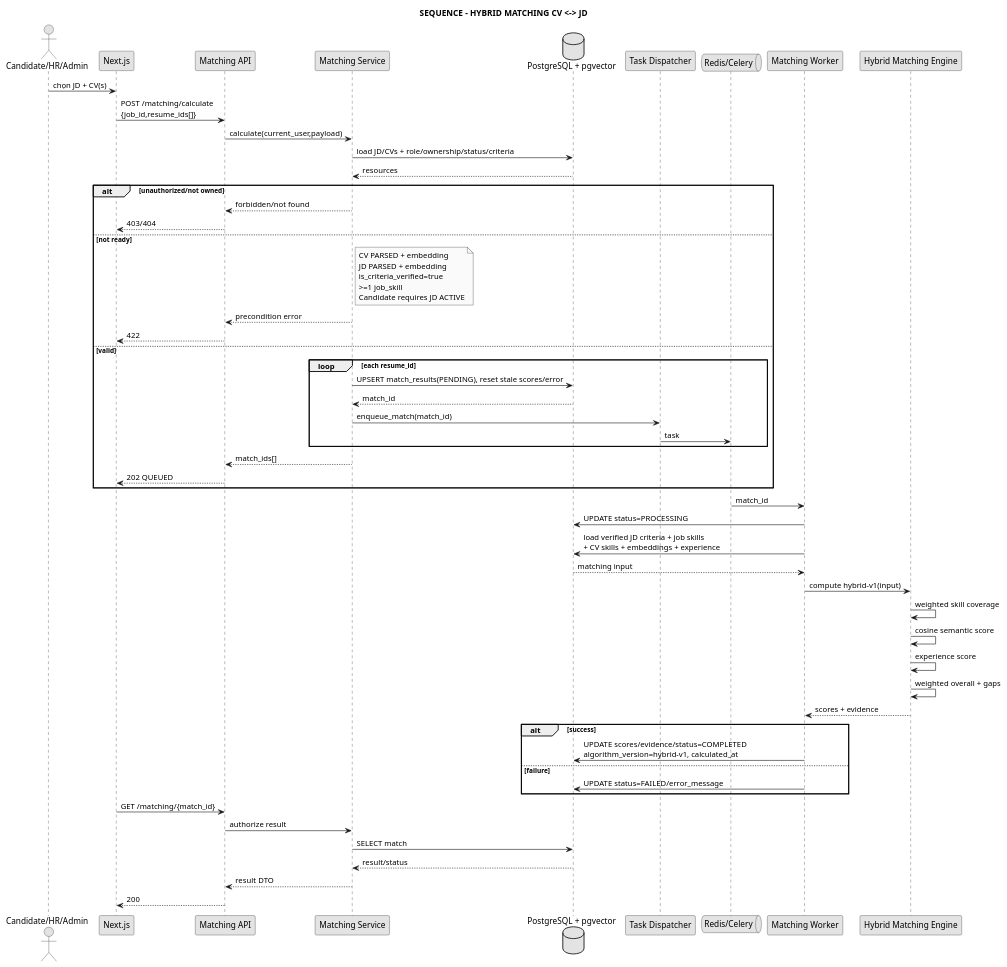
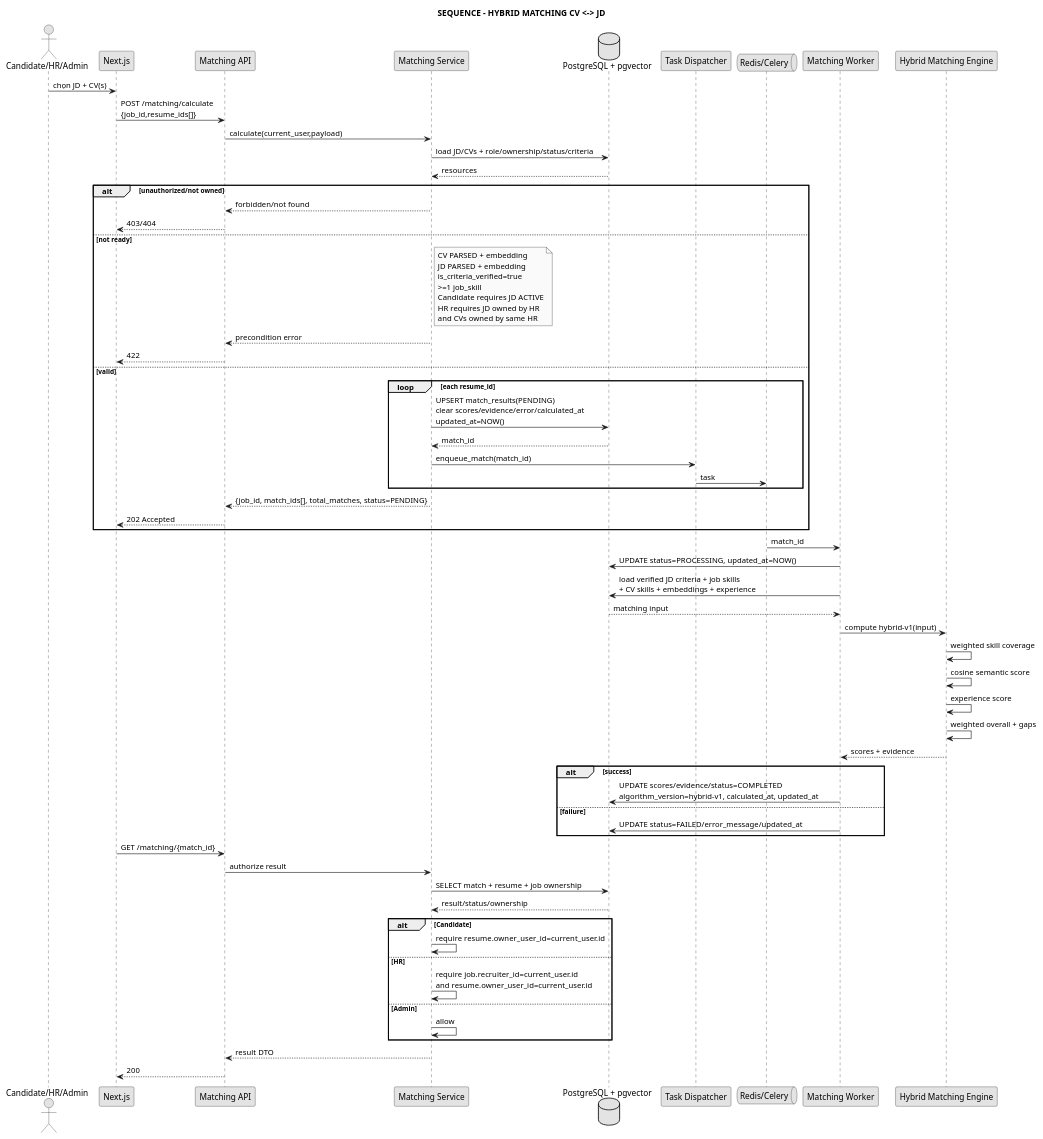
Before and after one commit to anh632k-ui/WebCVUngVienTuyenDung: the diagram in docs/04_sequence/seq_matching.puml, drawn with PlantUML.

Commit message:
fix(pttk): harden matching sequence privacy and response state

```diff
--- a/docs/04_sequence/seq_matching.puml
+++ b/docs/04_sequence/seq_matching.puml
@@ -1,69 +1,78 @@
 @startuml
 skinparam monochrome true
 skinparam shadowing false
 
 title SEQUENCE - HYBRID MATCHING CV <-> JD
 
 actor "Candidate/HR/Admin" as User
 participant "Next.js" as FE
 participant "Matching API" as API
 participant "Matching Service" as Service
 database "PostgreSQL + pgvector" as DB
 participant "Task Dispatcher" as Dispatcher
 queue "Redis/Celery" as Queue
 participant "Matching Worker" as Worker
 participant "Hybrid Matching Engine" as Engine
 
 User -> FE : chọn JD + CV(s)
 FE -> API : POST /matching/calculate\n{job_id,resume_ids[]}
 API -> Service : calculate(current_user,payload)
 Service -> DB : load JD/CVs + role/ownership/status/criteria
 DB --> Service : resources
 alt unauthorized/not owned
   Service --> API : forbidden/not found
   API --> FE : 403/404
 else not ready
   note right of Service
     CV PARSED + embedding
     JD PARSED + embedding
     is_criteria_verified=true
     >=1 job_skill
     Candidate requires JD ACTIVE
+    HR requires JD owned by HR
+    and CVs owned by same HR
   end note
   Service --> API : precondition error
   API --> FE : 422
 else valid
   loop each resume_id
-    Service -> DB : UPSERT match_results(PENDING), reset stale scores/error
+    Service -> DB : UPSERT match_results(PENDING)\nclear scores/evidence/error/calculated_at\nupdated_at=NOW()
     DB --> Service : match_id
     Service -> Dispatcher : enqueue_match(match_id)
     Dispatcher -> Queue : task
   end
-  Service --> API : match_ids[]
-  API --> FE : 202 QUEUED
+  Service --> API : {job_id, match_ids[], total_matches, status=PENDING}
+  API --> FE : 202 Accepted
 end
 
 Queue -> Worker : match_id
-Worker -> DB : UPDATE status=PROCESSING
+Worker -> DB : UPDATE status=PROCESSING, updated_at=NOW()
 Worker -> DB : load verified JD criteria + job skills\n+ CV skills + embeddings + experience
 DB --> Worker : matching input
 Worker -> Engine : compute hybrid-v1(input)
 Engine -> Engine : weighted skill coverage
 Engine -> Engine : cosine semantic score
 Engine -> Engine : experience score
 Engine -> Engine : weighted overall + gaps
 Engine --> Worker : scores + evidence
 alt success
-  Worker -> DB : UPDATE scores/evidence/status=COMPLETED\nalgorithm_version=hybrid-v1, calculated_at
+  Worker -> DB : UPDATE scores/evidence/status=COMPLETED\nalgorithm_version=hybrid-v1, calculated_at, updated_at
 else failure
-  Worker -> DB : UPDATE status=FAILED/error_message
+  Worker -> DB : UPDATE status=FAILED/error_message/updated_at
 end
 
 FE -> API : GET /matching/{match_id}
 API -> Service : authorize result
-Service -> DB : SELECT match
-DB --> Service : result/status
+Service -> DB : SELECT match + resume + job ownership
+DB --> Service : result/status/ownership
+alt Candidate
+  Service -> Service : require resume.owner_user_id=current_user.id
+else HR
+  Service -> Service : require job.recruiter_id=current_user.id\nand resume.owner_user_id=current_user.id
+else Admin
+  Service -> Service : allow
+end
 Service --> API : result DTO
 API --> FE : 200
 
 @enduml
```
